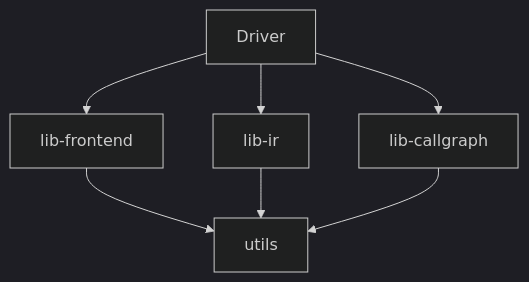
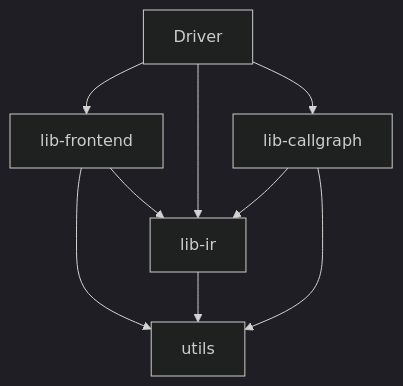
Before and after one commit to ticklepoke/say-js: the diagram in docs/diagrams/dependency.mmd, drawn with Mermaid (dark theme). The commit also changed 3 other files, not shown here.

Commit message:
docs: Updated diagrams

```diff
--- a/docs/diagrams/dependency.mmd
+++ b/docs/diagrams/dependency.mmd
@@ -1,7 +1,9 @@
 graph TD
     A[Driver] --> B[lib-frontend]
+    B --> C
     A --> C[lib-ir]
     A --> D[lib-callgraph]
+    D --> C
     B --> E[utils]
     C --> E[utils]
     D --> E[utils]
```
